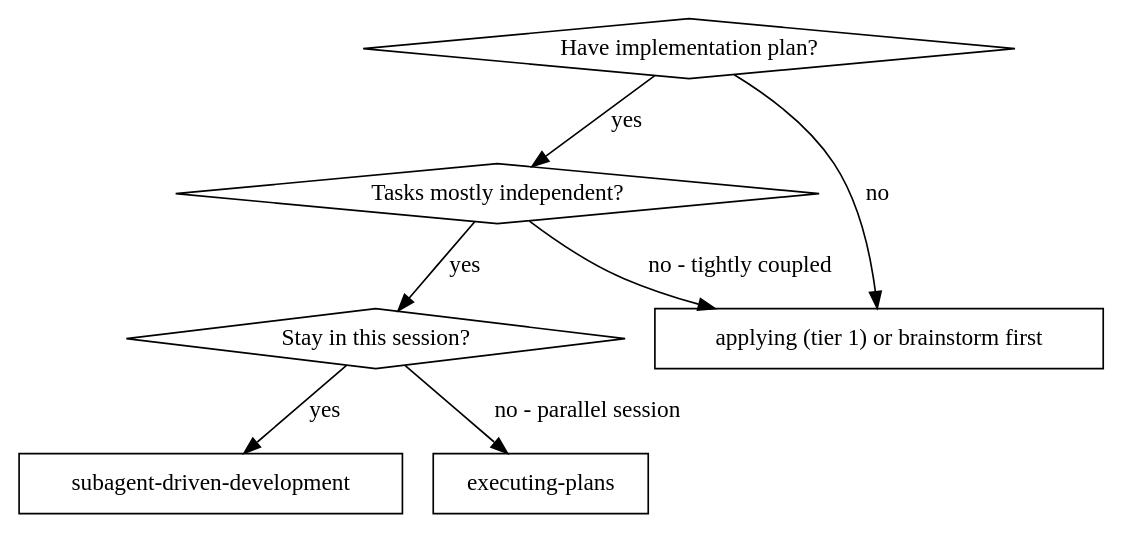
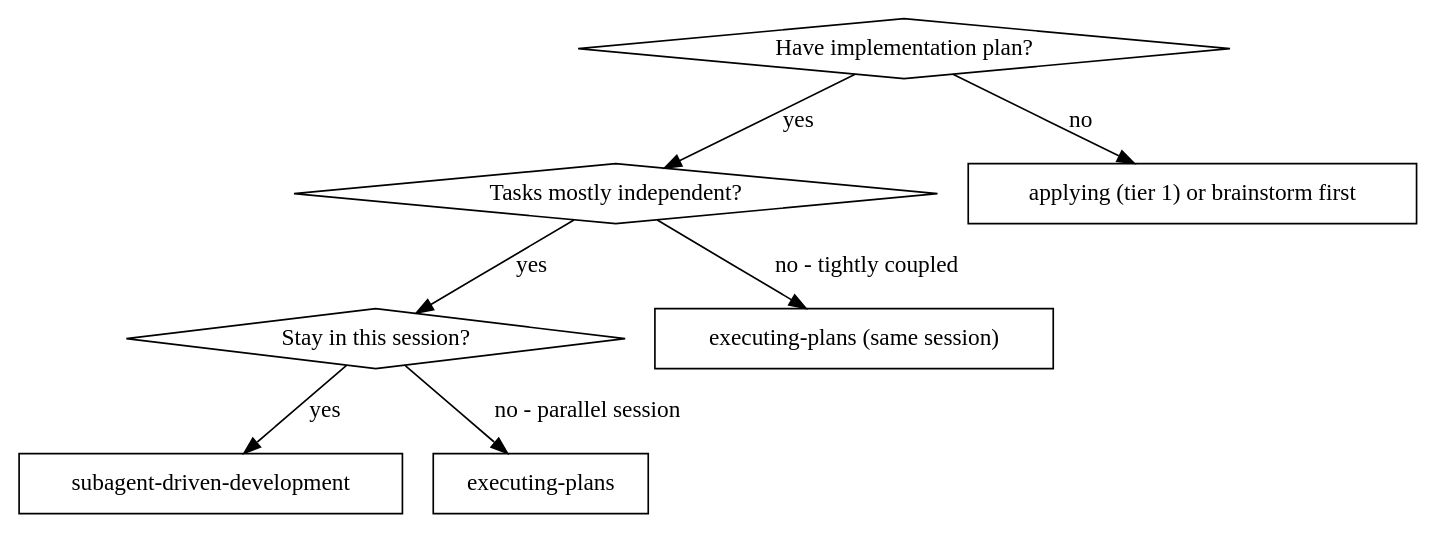
The first of 2 diagrams in plugins/speccode/commands/subagent-driven-development.md (vip-pan/speccode-development), drawn with Graphviz before and after one commit. The commit also changed 4 other files, not shown here.

````diff
--- a/plugins/speccode/commands/subagent-driven-development.md
+++ b/plugins/speccode/commands/subagent-driven-development.md
@@ -22,17 +22,18 @@
 ```dot
 digraph when_to_use {
     "Have implementation plan?" [shape=diamond];
     "Tasks mostly independent?" [shape=diamond];
     "Stay in this session?" [shape=diamond];
     "subagent-driven-development" [shape=box];
     "executing-plans" [shape=box];
+    "executing-plans (same session)" [shape=box];
     "applying (tier 1) or brainstorm first" [shape=box];
 
     "Have implementation plan?" -> "Tasks mostly independent?" [label="yes"];
     "Have implementation plan?" -> "applying (tier 1) or brainstorm first" [label="no"];
     "Tasks mostly independent?" -> "Stay in this session?" [label="yes"];
-    "Tasks mostly independent?" -> "applying (tier 1) or brainstorm first" [label="no - tightly coupled"];
+    "Tasks mostly independent?" -> "executing-plans (same session)" [label="no - tightly coupled"];
     "Stay in this session?" -> "subagent-driven-development" [label="yes"];
     "Stay in this session?" -> "executing-plans" [label="no - parallel session"];
 }
 ```
````
